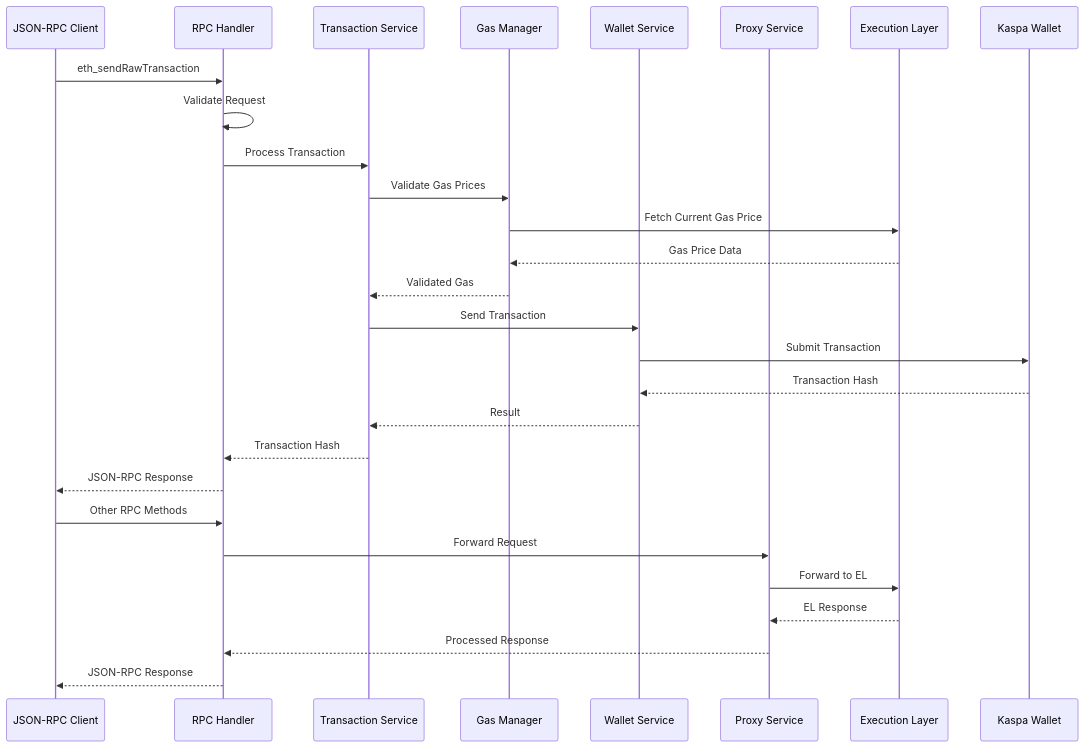
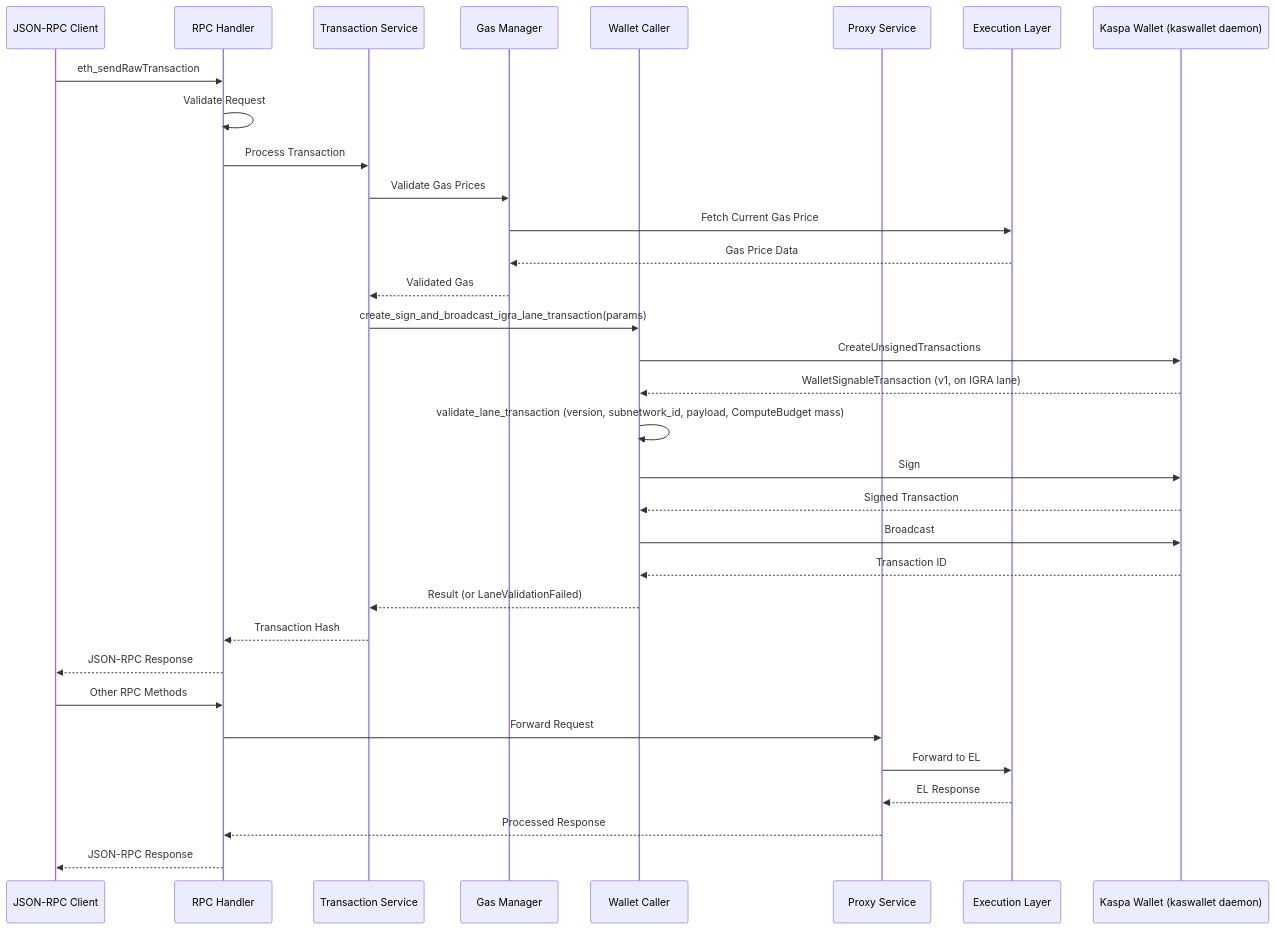
Before and after one commit to IgraLabs/igra-rpc-provider: the second of 5 diagrams in doc/architecture.md, drawn with Mermaid. The commit also changed other lines of this file and 24 other files, not shown here.

First line of the commit message:
[ENG-1051] feat(toccata): submit IGRA transactions via kaswallet lane

````diff
--- a/doc/architecture.md
+++ b/doc/architecture.md
@@ -71,32 +75,37 @@
 ```mermaid
 sequenceDiagram
     participant Client as JSON-RPC Client
     participant API as RPC Handler
     participant TxService as Transaction Service
     participant GasManager as Gas Manager
-    participant WalletService as Wallet Service
+    participant WalletCaller as Wallet Caller
     participant ProxyService as Proxy Service
     participant EL as Execution Layer
-    participant Wallet as Kaspa Wallet
+    participant Wallet as Kaspa Wallet (kaswallet daemon)
     
     Client->>API: eth_sendRawTransaction
     API->>API: Validate Request
     API->>TxService: Process Transaction
     TxService->>GasManager: Validate Gas Prices
     GasManager->>EL: Fetch Current Gas Price
     EL-->>GasManager: Gas Price Data
     GasManager-->>TxService: Validated Gas
-    TxService->>WalletService: Send Transaction
-    WalletService->>Wallet: Submit Transaction
-    Wallet-->>WalletService: Transaction Hash
-    WalletService-->>TxService: Result
+    TxService->>WalletCaller: create_sign_and_broadcast_igra_lane_transaction(params)
+    WalletCaller->>Wallet: CreateUnsignedTransactions
+    Wallet-->>WalletCaller: WalletSignableTransaction (v1, on IGRA lane)
+    WalletCaller->>WalletCaller: validate_lane_transaction (version, subnetwork_id, payload, ComputeBudget mass)
+    WalletCaller->>Wallet: Sign
+    Wallet-->>WalletCaller: Signed Transaction
+    WalletCaller->>Wallet: Broadcast
+    Wallet-->>WalletCaller: Transaction ID
+    WalletCaller-->>TxService: Result (or LaneValidationFailed)
     TxService-->>API: Transaction Hash
     API-->>Client: JSON-RPC Response
     
     Client->>API: Other RPC Methods
     API->>ProxyService: Forward Request
     ProxyService->>EL: Forward to EL
     EL-->>ProxyService: EL Response
     ProxyService-->>API: Processed Response
     API-->>Client: JSON-RPC Response
 ```
````
